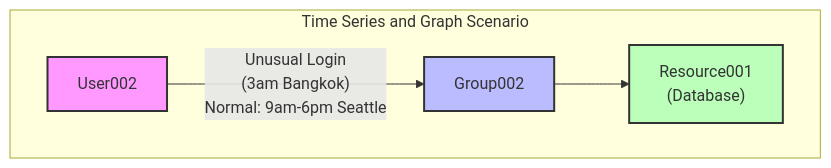
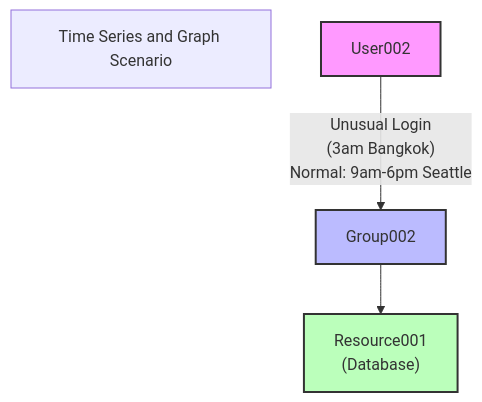
Before and after one commit to Azure/azure-kusto-graph-samples: the third of 7 diagrams in graph of graph/README.md, drawn with Mermaid. The commit also changed other lines of this file, not shown here.

````diff
--- a/graph of graph/README.md
+++ b/graph of graph/README.md
@@ -339,15 +337,12 @@
 ```mermaid
 flowchart TD
+    Headline["Time Series and Graph Scenario"]
+
     User002["User002"] -->|"Unusual Login<br>(3am Bangkok)<br>Normal: 9am-6pm Seattle"| Group002
     Group002 --> Resource001["Resource001<br>(Database)"]
     
     style User002 fill:#f9f,stroke:#333,stroke-width:2px
     style Group002 fill:#bbf,stroke:#333,stroke-width:2px
     style Resource001 fill:#bfb,stroke:#333,stroke-width:2px
-    
-    subgraph "Time Series and Graph Scenario"
-    User002
-    Group002
-    Resource001
-    end
+    style Headline fill:f9f
 ```
````
